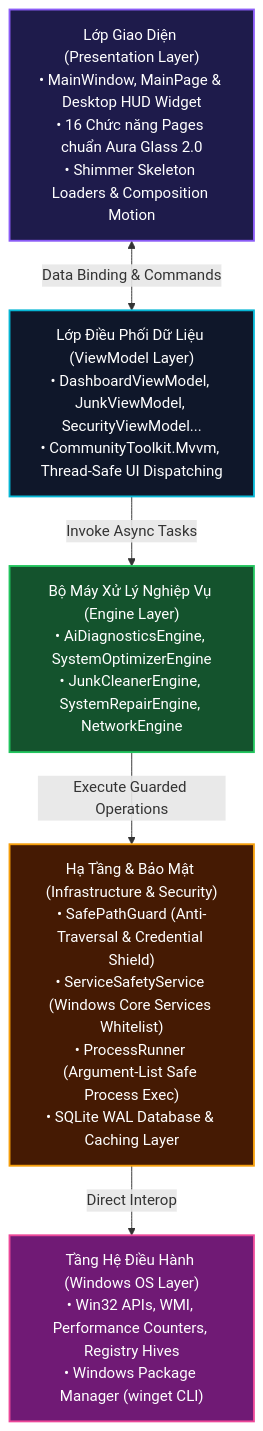
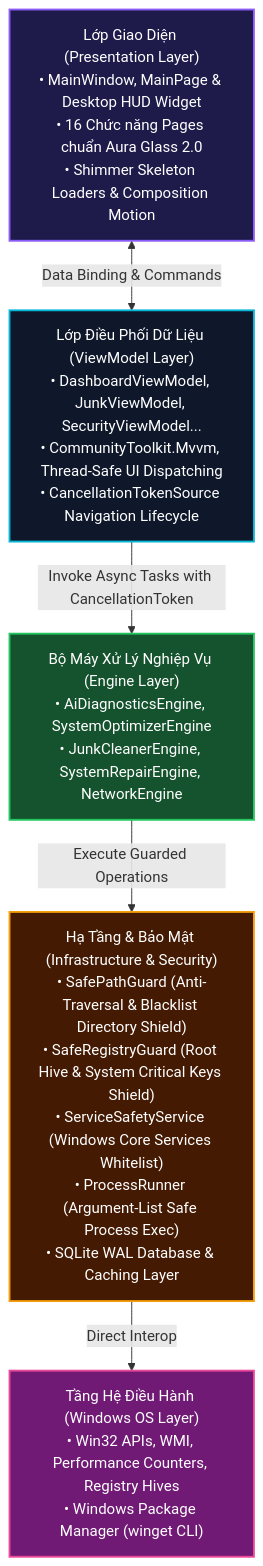
Before and after one commit to Nguyen-Trung-Tien/WinCarePro: the diagram in README.md, drawn with Mermaid. The commit also changed other lines of this file and 36 other files, not shown here.

````diff
--- a/README.md
+++ b/README.md
@@ -45,19 +45,19 @@
 ```mermaid
 graph TD
     classDef ui fill:#1e1b4b,stroke:#8b5cf6,stroke-width:2px,color:#fff;
     classDef vm fill:#0f172a,stroke:#06b6d4,stroke-width:2px,color:#fff;
     classDef engine fill:#14532d,stroke:#22c55e,stroke-width:2px,color:#fff;
     classDef infra fill:#451a03,stroke:#f59e0b,stroke-width:2px,color:#fff;
     classDef os fill:#701a75,stroke:#ec4899,stroke-width:2px,color:#fff;
 
     UI["Lớp Giao Diện (Presentation Layer)<br/>• MainWindow, MainPage & Desktop HUD Widget<br/>• 16 Chức năng Pages chuẩn Aura Glass 2.0<br/>• Shimmer Skeleton Loaders & Composition Motion"]:::ui
-    VM["Lớp Điều Phối Dữ Liệu (ViewModel Layer)<br/>• DashboardViewModel, JunkViewModel, SecurityViewModel...<br/>• CommunityToolkit.Mvvm, Thread-Safe UI Dispatching"]:::vm
+    VM["Lớp Điều Phối Dữ Liệu (ViewModel Layer)<br/>• DashboardViewModel, JunkViewModel, SecurityViewModel...<br/>• CommunityToolkit.Mvvm, Thread-Safe UI Dispatching<br/>• CancellationTokenSource Navigation Lifecycle"]:::vm
     Engine["Bộ Máy Xử Lý Nghiệp Vụ (Engine Layer)<br/>• AiDiagnosticsEngine, SystemOptimizerEngine<br/>• JunkCleanerEngine, SystemRepairEngine, NetworkEngine"]:::engine
-    Infra["Hạ Tầng & Bảo Mật (Infrastructure & Security)<br/>• SafePathGuard (Anti-Traversal & Credential Shield)<br/>• ServiceSafetyService (Windows Core Services Whitelist)<br/>• ProcessRunner (Argument-List Safe Process Exec)<br/>• SQLite WAL Database & Caching Layer"]:::infra
+    Infra["Hạ Tầng & Bảo Mật (Infrastructure & Security)<br/>• SafePathGuard (Anti-Traversal & Blacklist Directory Shield)<br/>• SafeRegistryGuard (Root Hive & System Critical Keys Shield)<br/>• ServiceSafetyService (Windows Core Services Whitelist)<br/>• ProcessRunner (Argument-List Safe Process Exec)<br/>• SQLite WAL Database & Caching Layer"]:::infra
     OS["Tầng Hệ Điều Hành (Windows OS Layer)<br/>• Win32 APIs, WMI, Performance Counters, Registry Hives<br/>• Windows Package Manager (winget CLI)"]:::os
 
     UI <--> |Data Binding & Commands| VM
-    VM --> |Invoke Async Tasks| Engine
+    VM --> |Invoke Async Tasks with CancellationToken| Engine
     Engine --> |Execute Guarded Operations| Infra
     Infra --> |Direct Interop| OS
 ```
````
